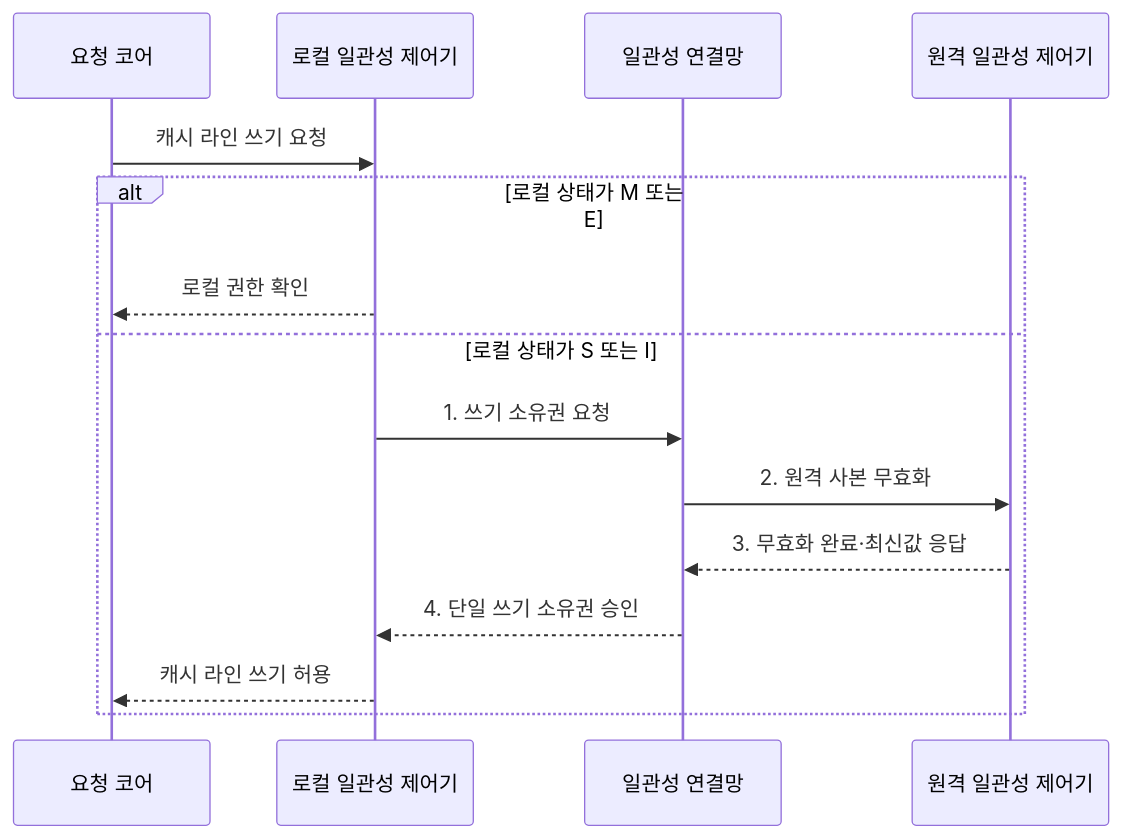
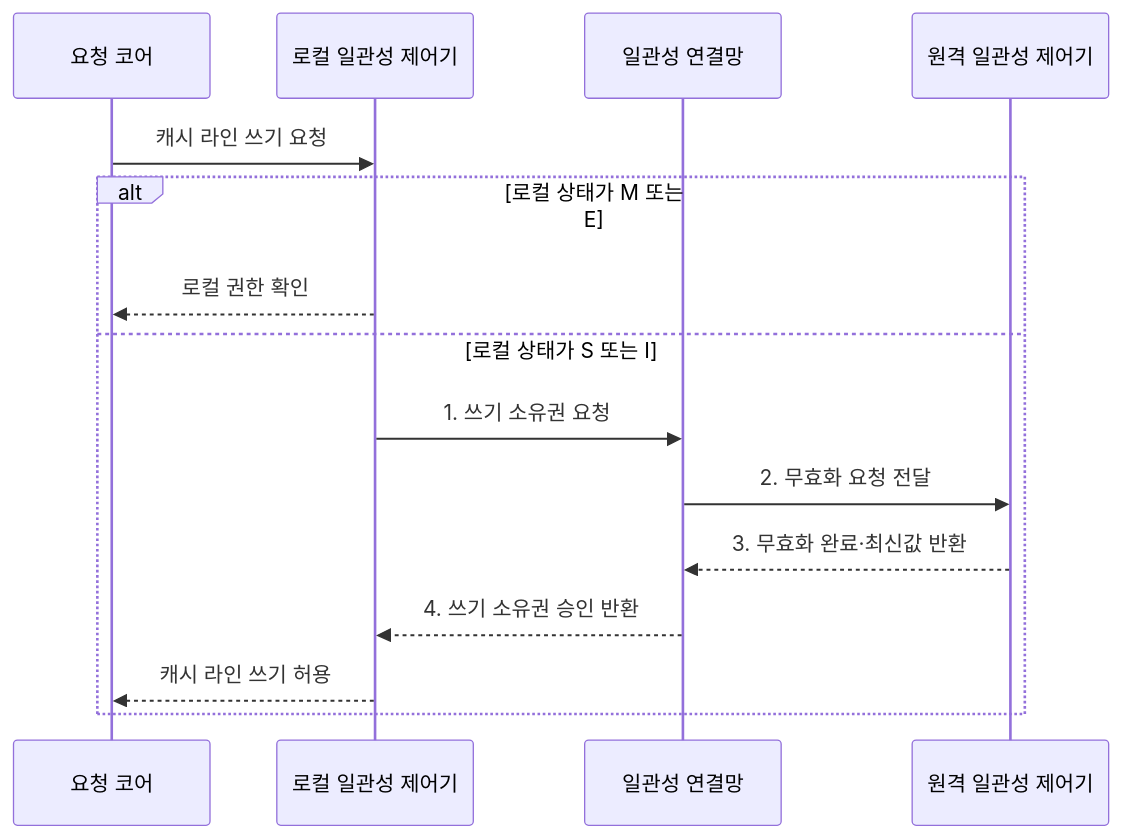
One commit to agnusdei1207/knowledge-base changed the second of 2 diagrams in src/content/docs/notes/02-hardware/014_cache_coherence_protocol.md. Above: the diagram before and after it, drawn with Mermaid. The commit also changed other lines of this file and 20 other files, not shown here.

````diff
--- a/src/content/docs/notes/02-hardware/014_cache_coherence_protocol.md
+++ b/src/content/docs/notes/02-hardware/014_cache_coherence_protocol.md
@@ -83,17 +80,17 @@
 ```mermaid
 sequenceDiagram
     participant A as 요청 코어
     participant C as 로컬 일관성 제어기
     participant N as 일관성 연결망
     participant R as 원격 일관성 제어기
     A->>C: 캐시 라인 쓰기 요청
     alt 로컬 상태가 M 또는 E
         C-->>A: 로컬 권한 확인
     else 로컬 상태가 S 또는 I
         C->>N: 1. 쓰기 소유권 요청
-        N->>R: 2. 원격 사본 무효화
-        R-->>N: 3. 무효화 완료·최신값 응답
-        N-->>C: 4. 단일 쓰기 소유권 승인
+        N->>R: 2. 무효화 요청 전달
+        R-->>N: 3. 무효화 완료·최신값 반환
+        N-->>C: 4. 쓰기 소유권 승인 반환
         C-->>A: 캐시 라인 쓰기 허용
     end
 ```
````
